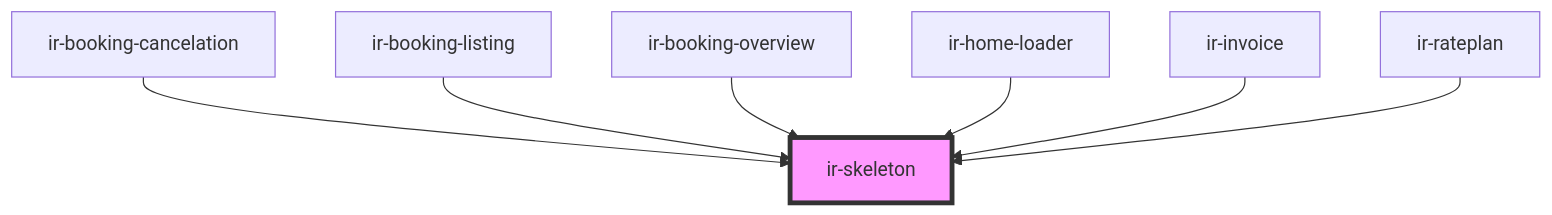
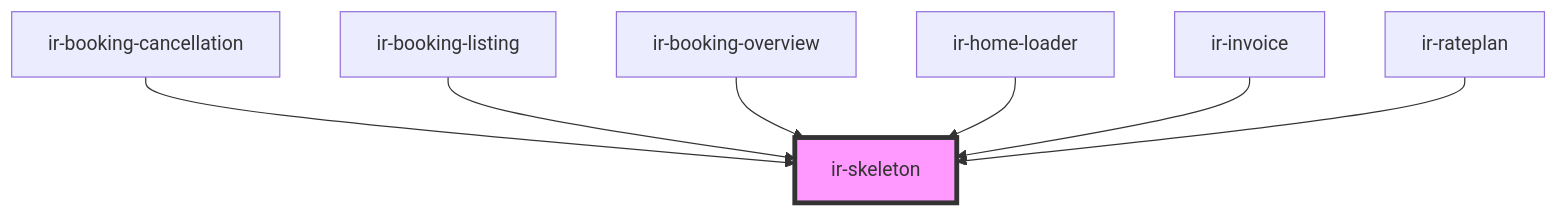
Before and after one commit to RonyRizk/ir-be: the diagram in src/components/ui/ir-skeleton/readme.md, drawn with Mermaid. The commit also changed other lines of this file and 48 other files, not shown here.

````diff
--- a/src/components/ui/ir-skeleton/readme.md
+++ b/src/components/ui/ir-skeleton/readme.md
@@ -28,10 +28,10 @@
 ```mermaid
 graph TD;
-  ir-booking-cancelation --> ir-skeleton
+  ir-booking-cancellation --> ir-skeleton
   ir-booking-listing --> ir-skeleton
   ir-booking-overview --> ir-skeleton
   ir-home-loader --> ir-skeleton
   ir-invoice --> ir-skeleton
   ir-rateplan --> ir-skeleton
   style ir-skeleton fill:#f9f,stroke:#333,stroke-width:4px
 ```
````
